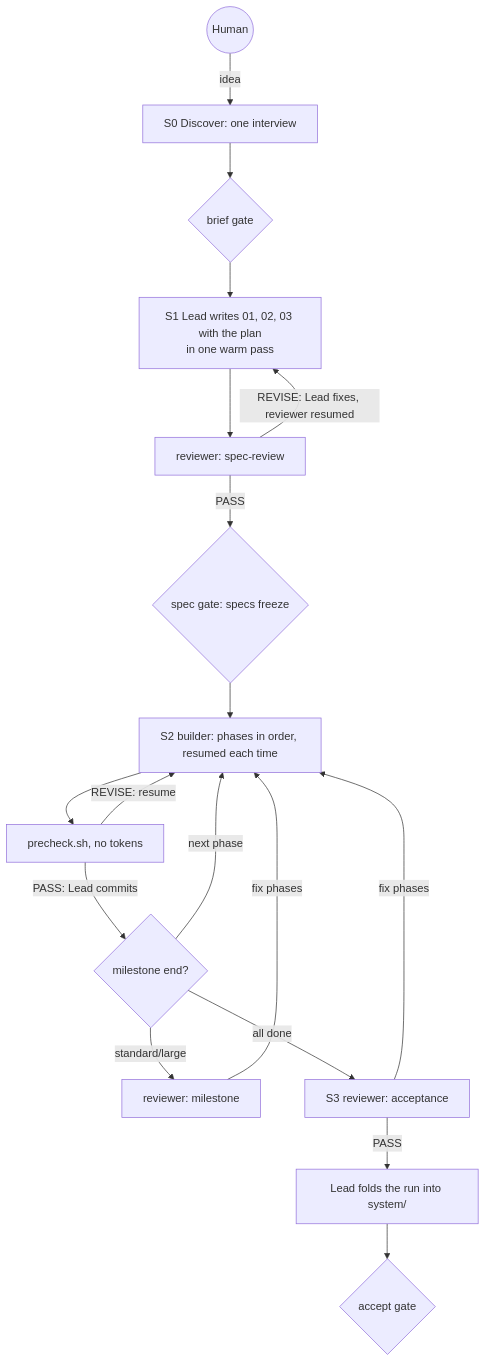
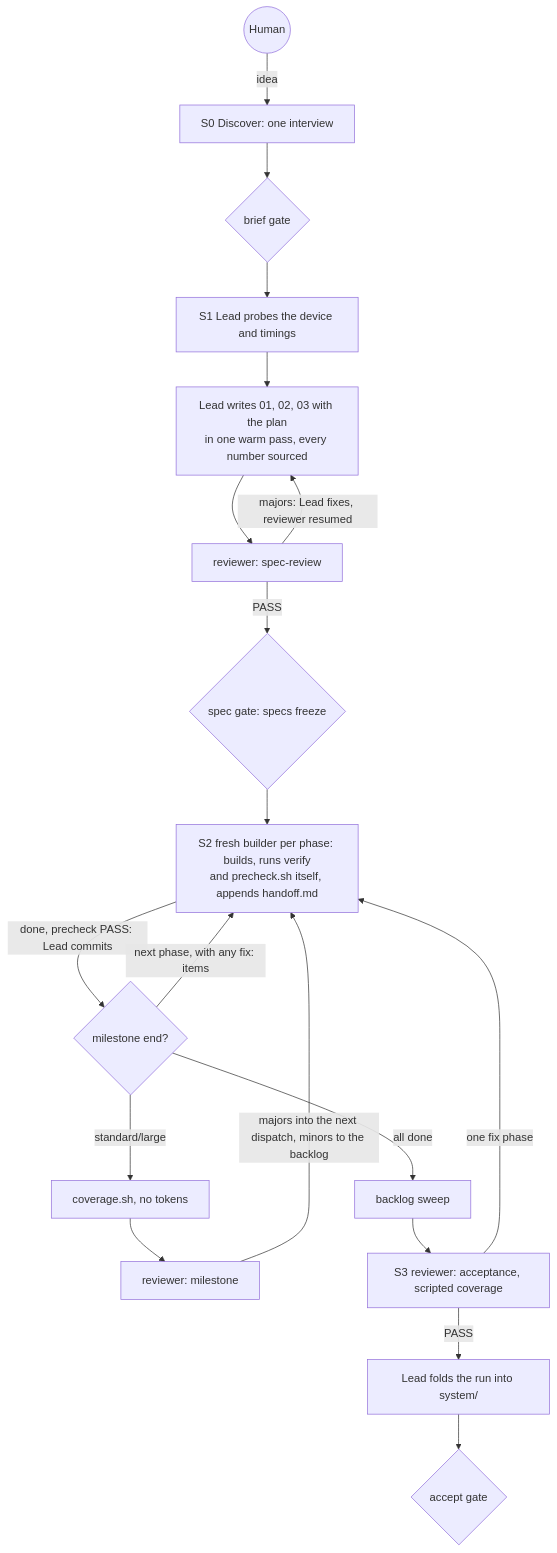
The diagram in skills/dm-agent-team/GUIDE.md (mlesk/darkmark-skills), drawn with Mermaid before and after one commit. The commit also changed other lines of this file and 19 other files, not shown here.

First line of the commit message:
dm-agent-team lean-3: scripted coverage and retro, backlog, handoff, fix items; link skills into ~/.claude/skills

````diff
--- a/skills/dm-agent-team/GUIDE.md
+++ b/skills/dm-agent-team/GUIDE.md
@@ -19,14 +19,13 @@
 ```mermaid
 flowchart TD
   H((Human)) -->|idea| D[S0 Discover: one interview] --> G0{brief gate}
-  G0 --> S[S1 Lead writes 01, 02, 03 with the plan<br/>in one warm pass]
-  S --> R[reviewer: spec-review] -->|REVISE: Lead fixes, reviewer resumed| S
+  G0 --> P[S1 Lead probes the device and timings] --> S[Lead writes 01, 02, 03 with the plan<br/>in one warm pass, every number sourced]
+  S --> R[reviewer: spec-review] -->|majors: Lead fixes, reviewer resumed| S
   R -->|PASS| G1{spec gate: specs freeze}
-  G1 --> B[S2 builder: phases in order, resumed each time]
-  B --> PC[precheck.sh, no tokens] -->|REVISE: resume| B
-  PC -->|PASS: Lead commits| M{milestone end?}
-  M -->|standard/large| MR[reviewer: milestone] -->|fix phases| B
-  M -->|next phase| B
-  M -->|all done| A[S3 reviewer: acceptance] -->|fix phases| B
+  G1 --> B[S2 fresh builder per phase: builds, runs verify<br/>and precheck.sh itself, appends handoff.md]
+  B -->|done, precheck PASS: Lead commits| M{milestone end?}
+  M -->|next phase, with any fix: items| B
+  M -->|standard/large| CV[coverage.sh, no tokens] --> MR[reviewer: milestone] -->|majors into the next dispatch, minors to the backlog| B
+  M -->|all done| SW[backlog sweep] --> A[S3 reviewer: acceptance, scripted coverage] -->|one fix phase| B
   A -->|PASS| C[Lead folds the run into system/] --> G2{accept gate}
 ```
````
